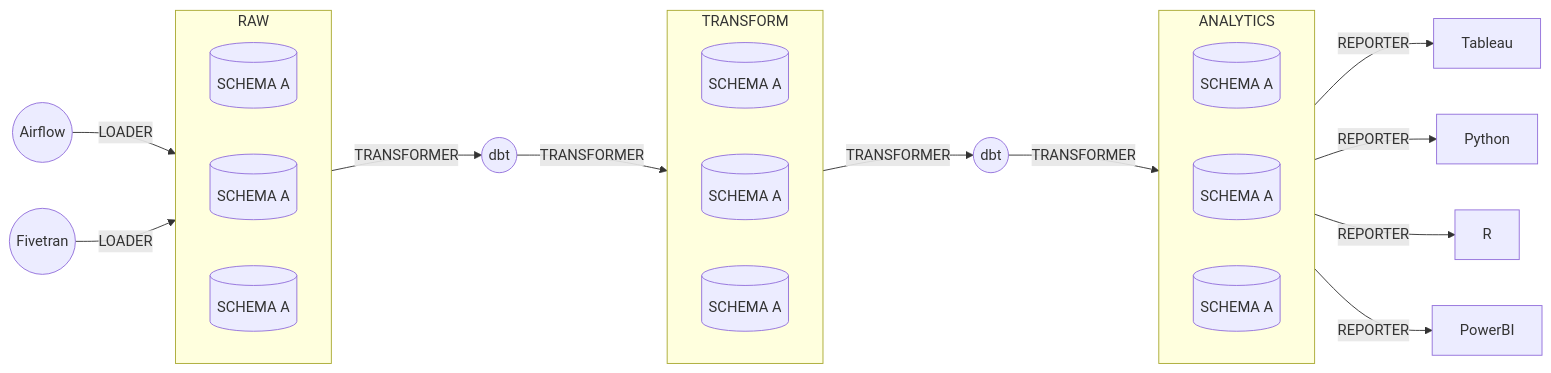
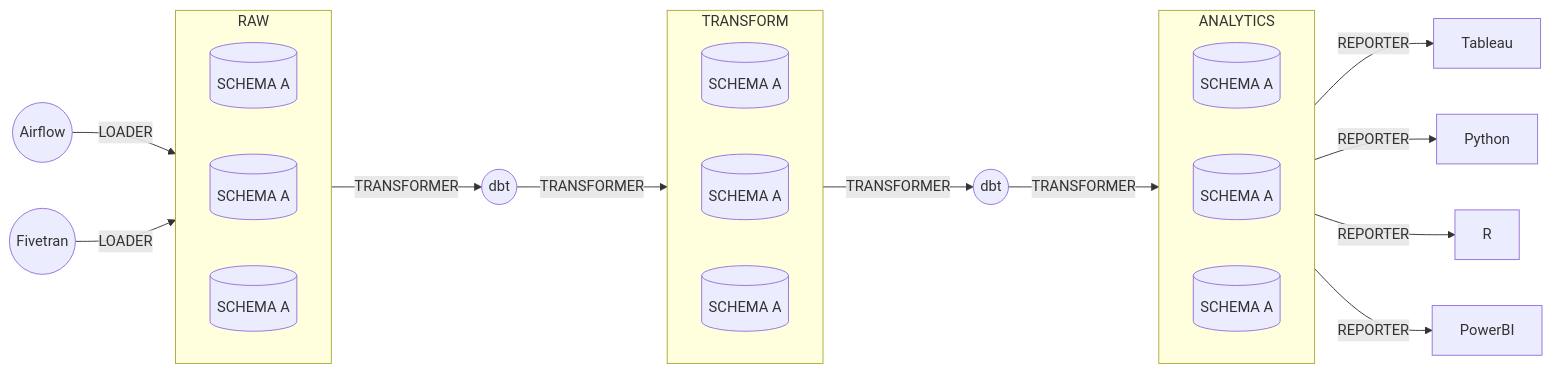
Before and after one commit to cagov/data-infrastructure: the diagram in docs/snowflake.md, drawn with Mermaid. The commit also changed other lines of this file, not shown here.

````diff
--- a/docs/snowflake.md
+++ b/docs/snowflake.md
@@ -11,48 +11,40 @@
 ```mermaid
 flowchart LR
   Airflow((Airflow))
   Fivetran((Fivetran))
   subgraph RAW
     direction LR
     A[(SCHEMA A)]
     B[(SCHEMA A)]
     C[(SCHEMA A)]
   end
   DBT1((dbt))
   subgraph TRANSFORM
     direction LR
     D[(SCHEMA A)]
     E[(SCHEMA A)]
     F[(SCHEMA A)]
   end
   DBT2((dbt))
   subgraph ANALYTICS
     direction LR
     G[(SCHEMA A)]
     H[(SCHEMA A)]
     I[(SCHEMA A)]
   end
   PowerBI
   Tableau
   Python
   R
 
   Airflow -- LOADER --> RAW
   Fivetran -- LOADER --> RAW
   RAW -- TRANSFORMER --> DBT1
   DBT1 -- TRANSFORMER --> TRANSFORM
   TRANSFORM -- TRANSFORMER --> DBT2
   DBT2 -- TRANSFORMER --> ANALYTICS
   ANALYTICS -- REPORTER --> Tableau
   ANALYTICS -- REPORTER --> Python
   ANALYTICS -- REPORTER --> R
   ANALYTICS -- REPORTER --> PowerBI
-
-  %% Create a tall hidden node to force the dbt nodes up.
-  %% I like the aesthetics!
-  classDef hidden display:none;
-  X[ \n \n \n \n \n \n \n \n \n \n \n \n \n \n \ \n \n \n \n \n \n \n \n \n \n \n \n \n \n]:::hidden
-  RAW ~~~X~~~ TRANSFORM
-  Y[ \n \n \n \n \n \n \n \n \n \n \n \n \n \n \ \n \n \n \n \n \n \n \n \n \n \n \n \n \n]:::hidden
-  TRANSFORM ~~~Y~~~ ANALYTICS
 ```
````
